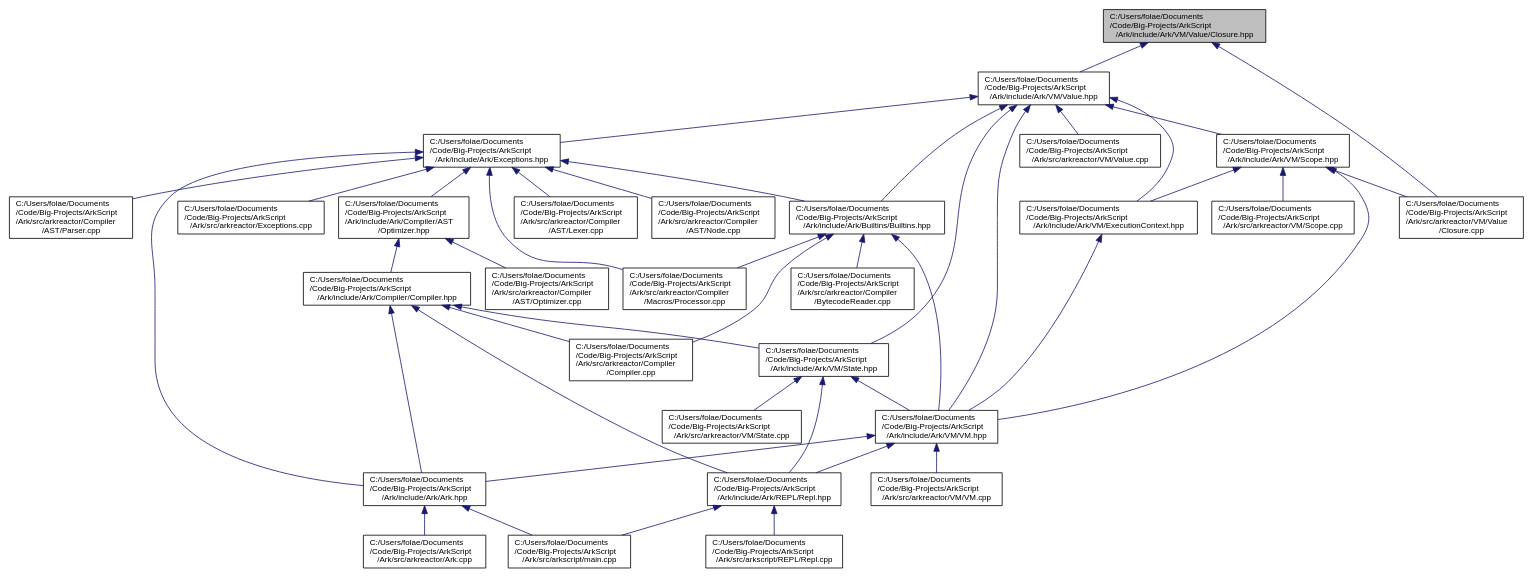
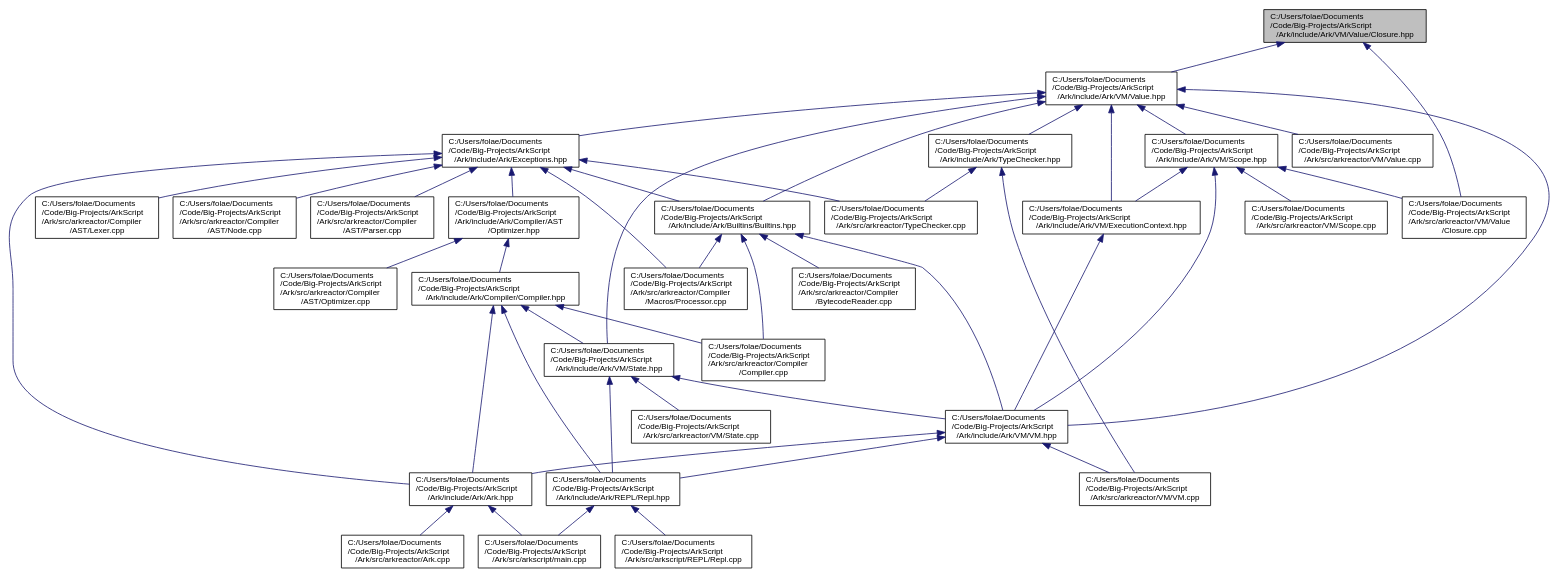
One commit to ArkScript-lang/old-website changed the diagram in docs/impl/df/d32/Closure_8hpp__dep__incl.dot. Above: the diagram before and after it, drawn with Graphviz. The commit also changed 558 other files, not shown here.

```diff
--- a/docs/impl/df/d32/Closure_8hpp__dep__incl.dot
+++ b/docs/impl/df/d32/Closure_8hpp__dep__incl.dot
@@ -57,21 +57,25 @@
   Node22 [label="C:/Users/folae/Documents\l/Code/Big-Projects/ArkScript\l/Ark/src/arkreactor/Compiler\l/AST/Parser.cpp",height=0.2,width=0.4,color="black", fillcolor="white", style="filled",URL="$dc/df5/Parser_8cpp.html",tooltip=" "];
   Node14 -> Node13 [dir="back",color="midnightblue",fontsize="10",style="solid",fontname="Helvetica"];
   Node14 -> Node23 [dir="back",color="midnightblue",fontsize="10",style="solid",fontname="Helvetica"];
-  Node23 [label="C:/Users/folae/Documents\l/Code/Big-Projects/ArkScript\l/Ark/src/arkreactor/Exceptions.cpp",height=0.2,width=0.4,color="black", fillcolor="white", style="filled",URL="$d6/dd1/Exceptions_8cpp.html",tooltip=" "];
+  Node23 [label="C:/Users/folae/Documents\l/Code/Big-Projects/ArkScript\l/Ark/src/arkreactor/TypeChecker.cpp",height=0.2,width=0.4,color="black", fillcolor="white", style="filled",URL="$d6/d9a/TypeChecker_8cpp.html",tooltip=" "];
   Node2 -> Node24 [dir="back",color="midnightblue",fontsize="10",style="solid",fontname="Helvetica"];
-  Node24 [label="C:/Users/folae/Documents\l/Code/Big-Projects/ArkScript\l/Ark/include/Ark/VM/ExecutionContext.hpp",height=0.2,width=0.4,color="black", fillcolor="white", style="filled",URL="$db/df6/ExecutionContext_8hpp.html",tooltip="Keeping track of the internal data needed by the VM."];
-  Node24 -> Node4 [dir="back",color="midnightblue",fontsize="10",style="solid",fontname="Helvetica"];
+  Node24 [label="C:/Users/folae/Documents\l/Code/Big-Projects/ArkScript\l/Ark/include/Ark/TypeChecker.hpp",height=0.2,width=0.4,color="black", fillcolor="white", style="filled",URL="$db/d5e/TypeChecker_8hpp.html",tooltip=" "];
+  Node24 -> Node23 [dir="back",color="midnightblue",fontsize="10",style="solid",fontname="Helvetica"];
+  Node24 -> Node10 [dir="back",color="midnightblue",fontsize="10",style="solid",fontname="Helvetica"];
   Node2 -> Node25 [dir="back",color="midnightblue",fontsize="10",style="solid",fontname="Helvetica"];
-  Node25 [label="C:/Users/folae/Documents\l/Code/Big-Projects/ArkScript\l/Ark/include/Ark/VM/Scope.hpp",height=0.2,width=0.4,color="black", fillcolor="white", style="filled",URL="$d8/dcd/Scope_8hpp.html",tooltip="The virtual machine scope system."];
-  Node25 -> Node24 [dir="back",color="midnightblue",fontsize="10",style="solid",fontname="Helvetica"];
+  Node25 [label="C:/Users/folae/Documents\l/Code/Big-Projects/ArkScript\l/Ark/include/Ark/VM/ExecutionContext.hpp",height=0.2,width=0.4,color="black", fillcolor="white", style="filled",URL="$db/df6/ExecutionContext_8hpp.html",tooltip="Keeping track of the internal data needed by the VM."];
   Node25 -> Node4 [dir="back",color="midnightblue",fontsize="10",style="solid",fontname="Helvetica"];
-  Node25 -> Node26 [dir="back",color="midnightblue",fontsize="10",style="solid",fontname="Helvetica"];
-  Node26 [label="C:/Users/folae/Documents\l/Code/Big-Projects/ArkScript\l/Ark/src/arkreactor/VM/Scope.cpp",height=0.2,width=0.4,color="black", fillcolor="white", style="filled",URL="$d5/d04/Scope_8cpp.html",tooltip=" "];
-  Node25 -> Node27 [dir="back",color="midnightblue",fontsize="10",style="solid",fontname="Helvetica"];
-  Node27 [label="C:/Users/folae/Documents\l/Code/Big-Projects/ArkScript\l/Ark/src/arkreactor/VM/Value\l/Closure.cpp",height=0.2,width=0.4,color="black", fillcolor="white", style="filled",URL="$d1/db2/Closure_8cpp.html",tooltip=" "];
+  Node2 -> Node26 [dir="back",color="midnightblue",fontsize="10",style="solid",fontname="Helvetica"];
+  Node26 [label="C:/Users/folae/Documents\l/Code/Big-Projects/ArkScript\l/Ark/include/Ark/VM/Scope.hpp",height=0.2,width=0.4,color="black", fillcolor="white", style="filled",URL="$d8/dcd/Scope_8hpp.html",tooltip="The virtual machine scope system."];
+  Node26 -> Node25 [dir="back",color="midnightblue",fontsize="10",style="solid",fontname="Helvetica"];
+  Node26 -> Node4 [dir="back",color="midnightblue",fontsize="10",style="solid",fontname="Helvetica"];
+  Node26 -> Node27 [dir="back",color="midnightblue",fontsize="10",style="solid",fontname="Helvetica"];
+  Node27 [label="C:/Users/folae/Documents\l/Code/Big-Projects/ArkScript\l/Ark/src/arkreactor/VM/Scope.cpp",height=0.2,width=0.4,color="black", fillcolor="white", style="filled",URL="$d5/d04/Scope_8cpp.html",tooltip=" "];
+  Node26 -> Node28 [dir="back",color="midnightblue",fontsize="10",style="solid",fontname="Helvetica"];
+  Node28 [label="C:/Users/folae/Documents\l/Code/Big-Projects/ArkScript\l/Ark/src/arkreactor/VM/Value\l/Closure.cpp",height=0.2,width=0.4,color="black", fillcolor="white", style="filled",URL="$d1/db2/Closure_8cpp.html",tooltip=" "];
   Node2 -> Node17 [dir="back",color="midnightblue",fontsize="10",style="solid",fontname="Helvetica"];
   Node2 -> Node4 [dir="back",color="midnightblue",fontsize="10",style="solid",fontname="Helvetica"];
-  Node2 -> Node28 [dir="back",color="midnightblue",fontsize="10",style="solid",fontname="Helvetica"];
-  Node28 [label="C:/Users/folae/Documents\l/Code/Big-Projects/ArkScript\l/Ark/src/arkreactor/VM/Value.cpp",height=0.2,width=0.4,color="black", fillcolor="white", style="filled",URL="$d1/d74/Value_8cpp.html",tooltip=" "];
-  Node1 -> Node27 [dir="back",color="midnightblue",fontsize="10",style="solid",fontname="Helvetica"];
+  Node2 -> Node29 [dir="back",color="midnightblue",fontsize="10",style="solid",fontname="Helvetica"];
+  Node29 [label="C:/Users/folae/Documents\l/Code/Big-Projects/ArkScript\l/Ark/src/arkreactor/VM/Value.cpp",height=0.2,width=0.4,color="black", fillcolor="white", style="filled",URL="$d1/d74/Value_8cpp.html",tooltip=" "];
+  Node1 -> Node28 [dir="back",color="midnightblue",fontsize="10",style="solid",fontname="Helvetica"];
 }
```
